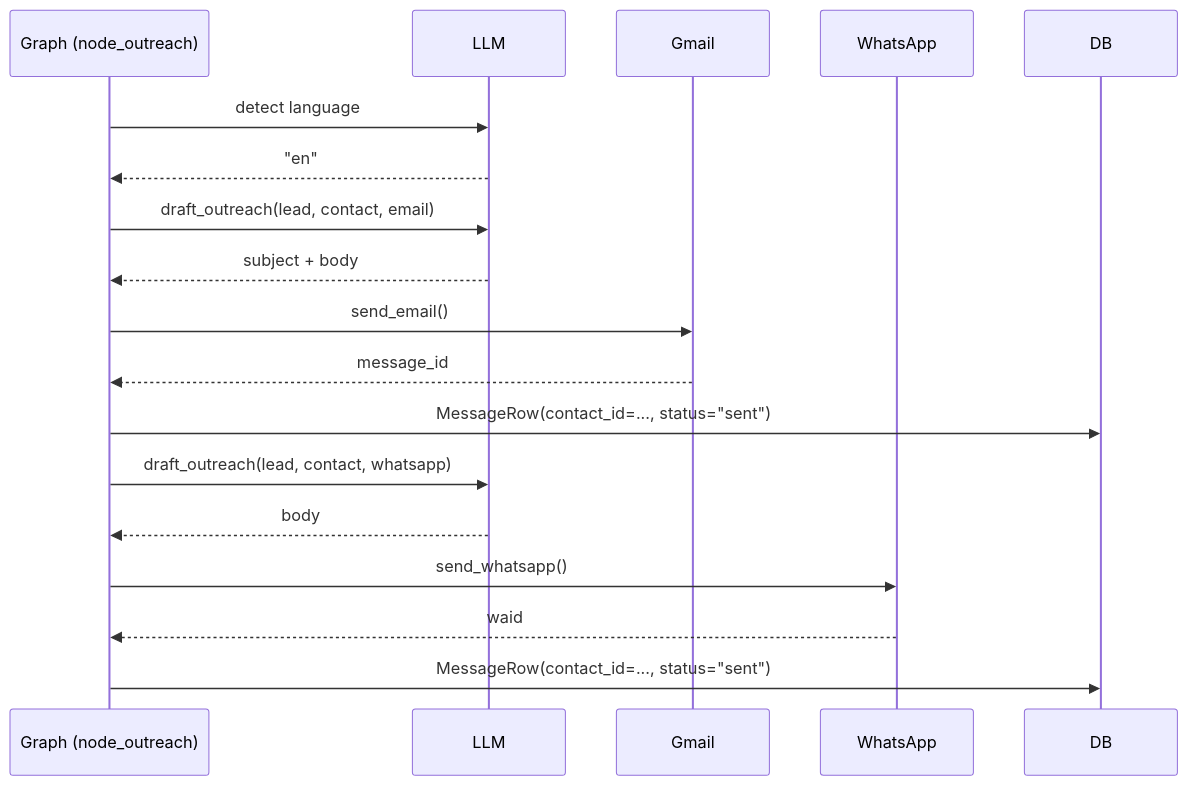
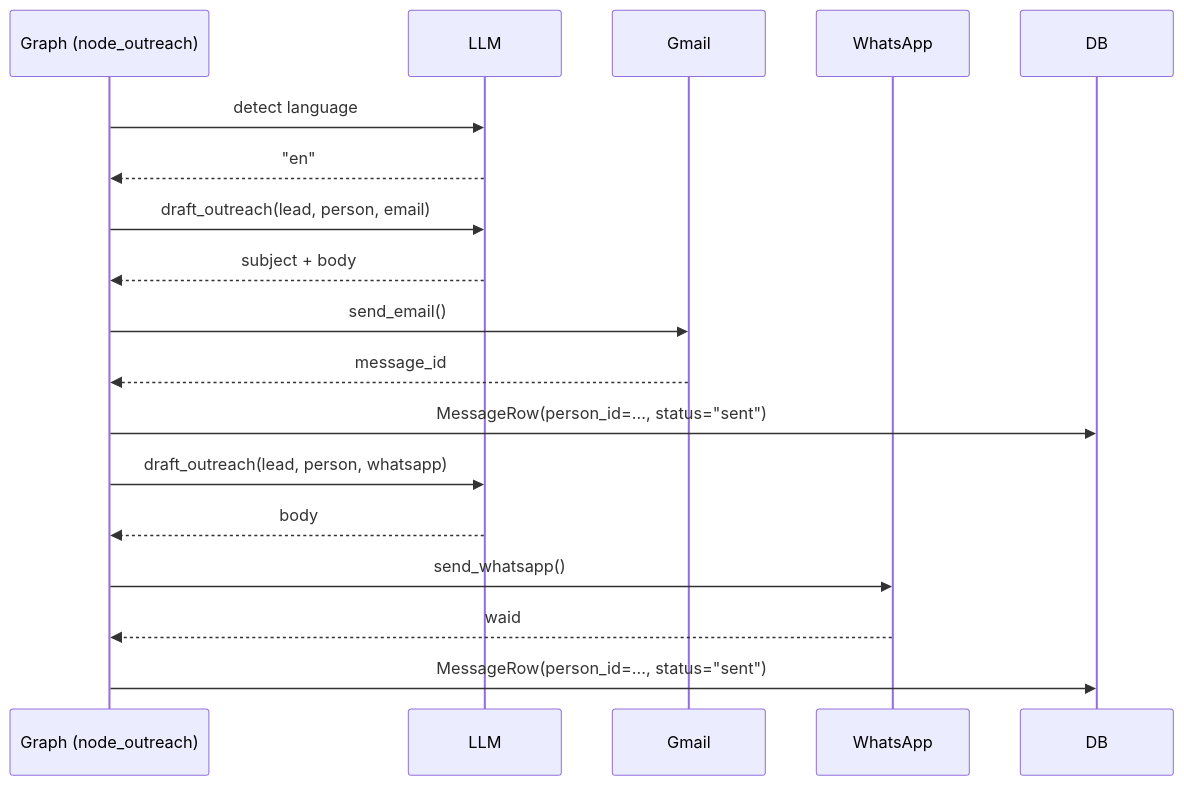
One commit to smallTechOrg/sales-agent changed the diagram in spec/product/04-capabilities/04-outreach.md. Above: the diagram before and after it, drawn with Mermaid. The commit also changed other lines of this file and 66 other files, not shown here.

````diff
--- a/spec/product/04-capabilities/04-outreach.md
+++ b/spec/product/04-capabilities/04-outreach.md
@@ -26,21 +26,21 @@
 ```mermaid
 sequenceDiagram
     participant G as Graph (node_outreach)
     participant LLM
     participant Gmail
     participant WA as WhatsApp
     participant DB
 
     G->>LLM: detect language
     LLM-->>G: "en"
-    G->>LLM: draft_outreach(lead, contact, email)
+    G->>LLM: draft_outreach(lead, person, email)
     LLM-->>G: subject + body
     G->>Gmail: send_email()
     Gmail-->>G: message_id
-    G->>DB: MessageRow(contact_id=..., status="sent")
-    G->>LLM: draft_outreach(lead, contact, whatsapp)
+    G->>DB: MessageRow(person_id=..., status="sent")
+    G->>LLM: draft_outreach(lead, person, whatsapp)
     LLM-->>G: body
     G->>WA: send_whatsapp()
     WA-->>G: waid
-    G->>DB: MessageRow(contact_id=..., status="sent")
+    G->>DB: MessageRow(person_id=..., status="sent")
 ```
````
